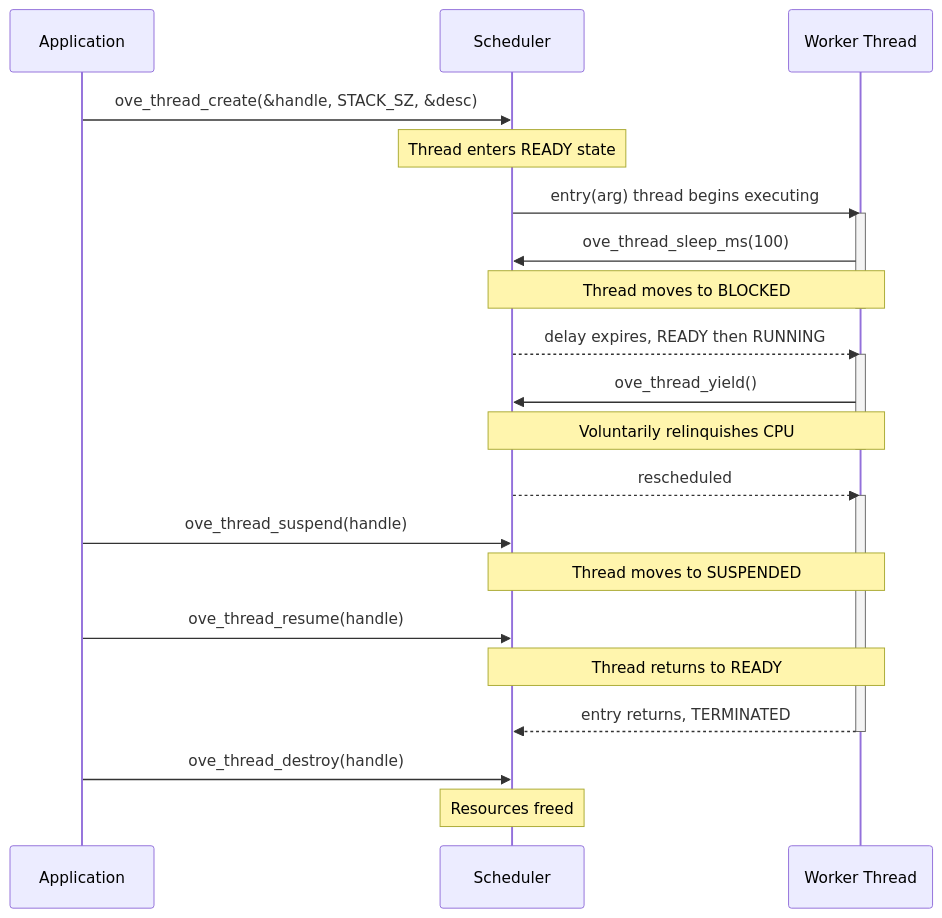
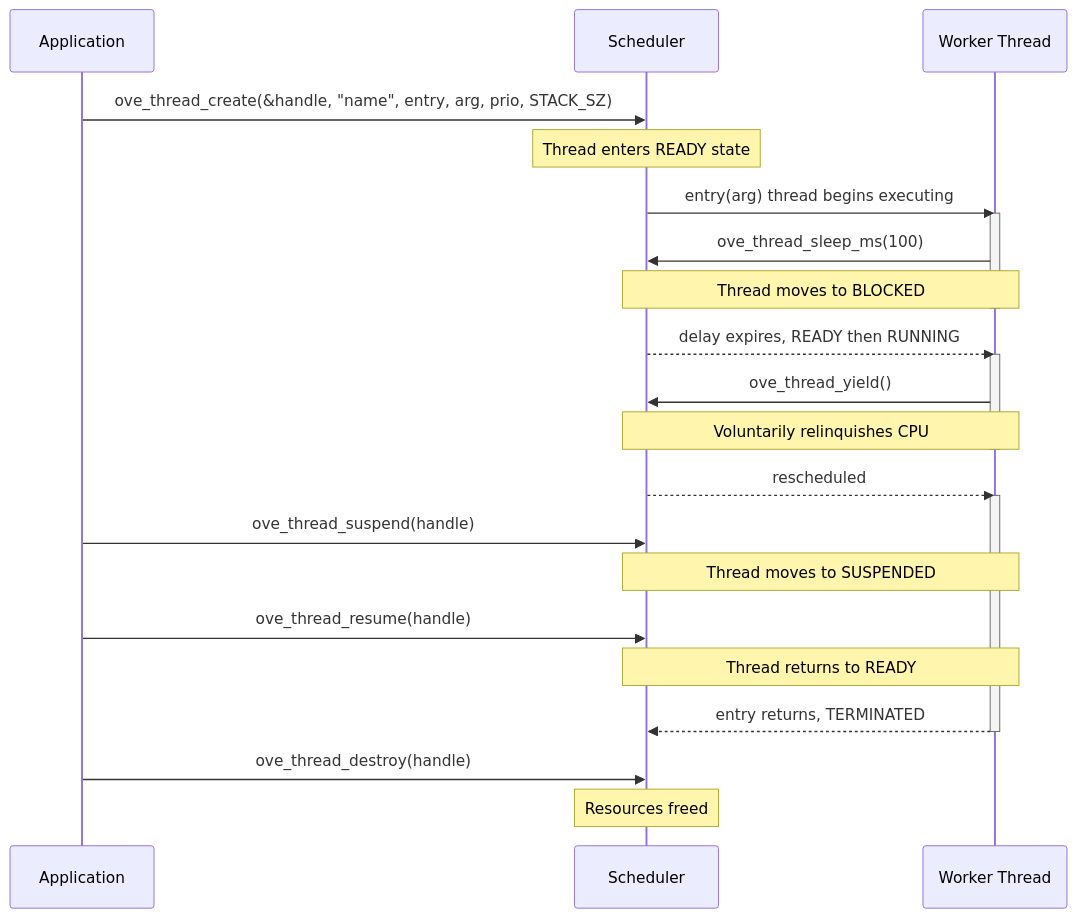
One commit to Varcain/oveRTOS changed the second of 3 diagrams in docs-site/docs/api/threads.md. Above: the diagram before and after it, drawn with Mermaid. The commit also changed other lines of this file and 20 other files, not shown here.

````diff
--- a/docs-site/docs/api/threads.md
+++ b/docs-site/docs/api/threads.md
@@ -50,38 +51,38 @@
 ```mermaid
 sequenceDiagram
     participant App as Application
     participant Sched as Scheduler
     participant T as Worker Thread
 
-    App->>Sched: ove_thread_create(&handle, STACK_SZ, &desc)
+    App->>Sched: ove_thread_create(&handle, "name", entry, arg, prio, STACK_SZ)
     Note over Sched: Thread enters READY state
 
     Sched->>T: entry(arg) thread begins executing
     activate T
 
     T->>Sched: ove_thread_sleep_ms(100)
     Note over T,Sched: Thread moves to BLOCKED
     deactivate T
 
     Sched-->>T: delay expires, READY then RUNNING
     activate T
 
     T->>Sched: ove_thread_yield()
     Note over T,Sched: Voluntarily relinquishes CPU
     deactivate T
 
     Sched-->>T: rescheduled
     activate T
 
     App->>Sched: ove_thread_suspend(handle)
     Note over T,Sched: Thread moves to SUSPENDED
 
     App->>Sched: ove_thread_resume(handle)
     Note over T,Sched: Thread returns to READY
 
     T-->>Sched: entry returns, TERMINATED
     deactivate T
 
     App->>Sched: ove_thread_destroy(handle)
     Note over Sched: Resources freed
 ```
````
